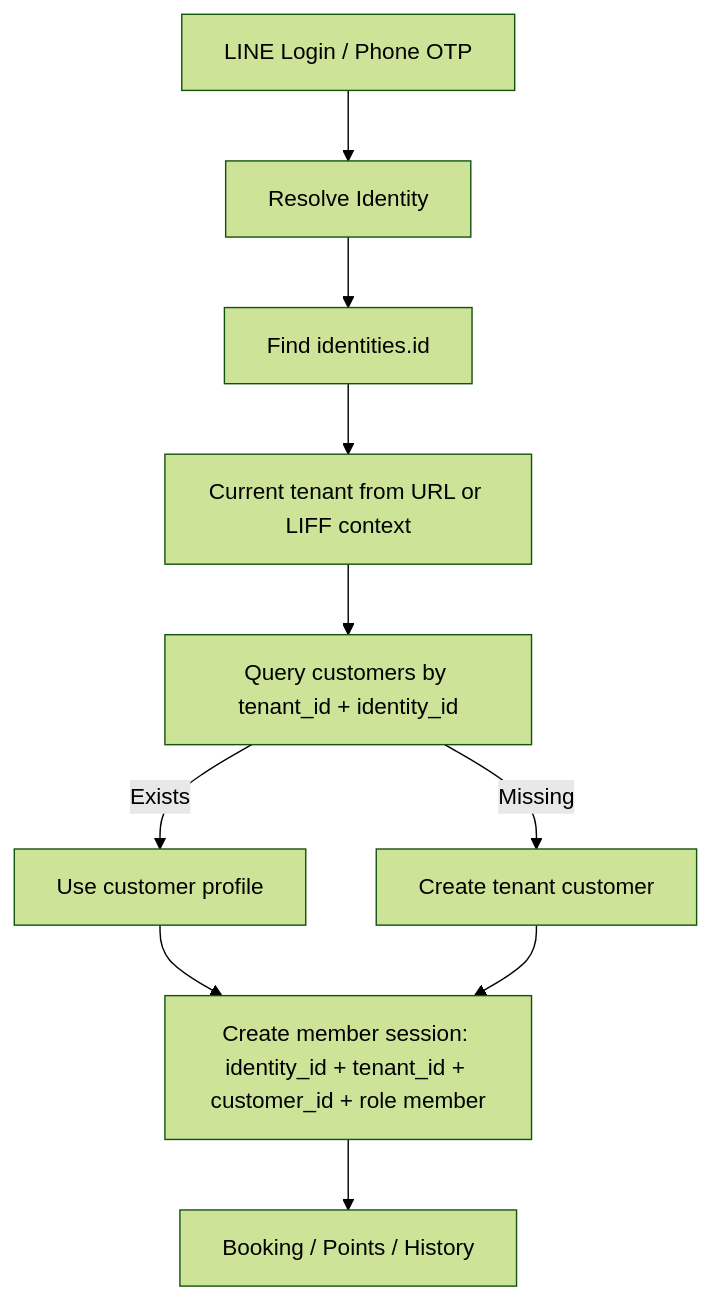
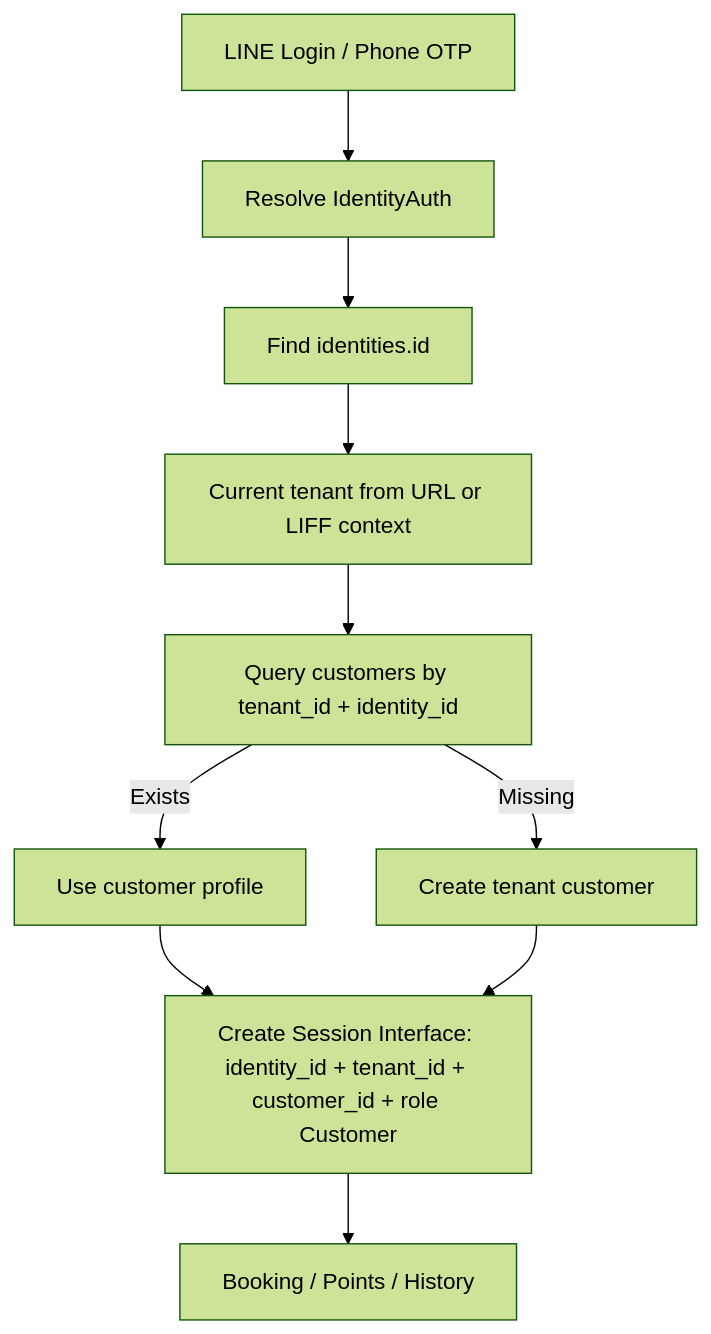
Before and after one commit to fangwl591021/BookingOS: the third of 3 diagrams in docs/IDENTITY_MODEL_V1.md, drawn with Mermaid (forest theme). The commit also changed other lines of this file and 7 other files, not shown here.

Commit message:
docs: freeze identity schema

````diff
--- a/docs/IDENTITY_MODEL_V1.md
+++ b/docs/IDENTITY_MODEL_V1.md
@@ -203,12 +174,12 @@
 ```mermaid
 flowchart TD
-  A[LINE Login / Phone OTP] --> B[Resolve Identity]
+  A[LINE Login / Phone OTP] --> B[Resolve IdentityAuth]
   B --> C[Find identities.id]
   C --> D[Current tenant from URL or LIFF context]
   D --> E[Query customers by tenant_id + identity_id]
   E -- Exists --> F[Use customer profile]
   E -- Missing --> G[Create tenant customer]
-  F --> H[Create member session: identity_id + tenant_id + customer_id + role member]
+  F --> H[Create Session Interface: identity_id + tenant_id + customer_id + role Customer]
   G --> H
   H --> I[Booking / Points / History]
 ```
````
